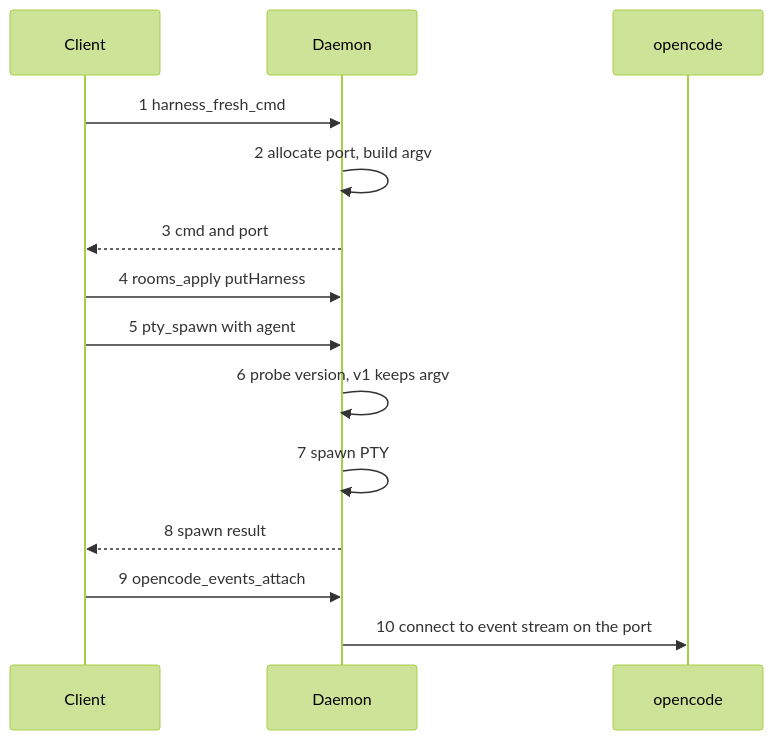
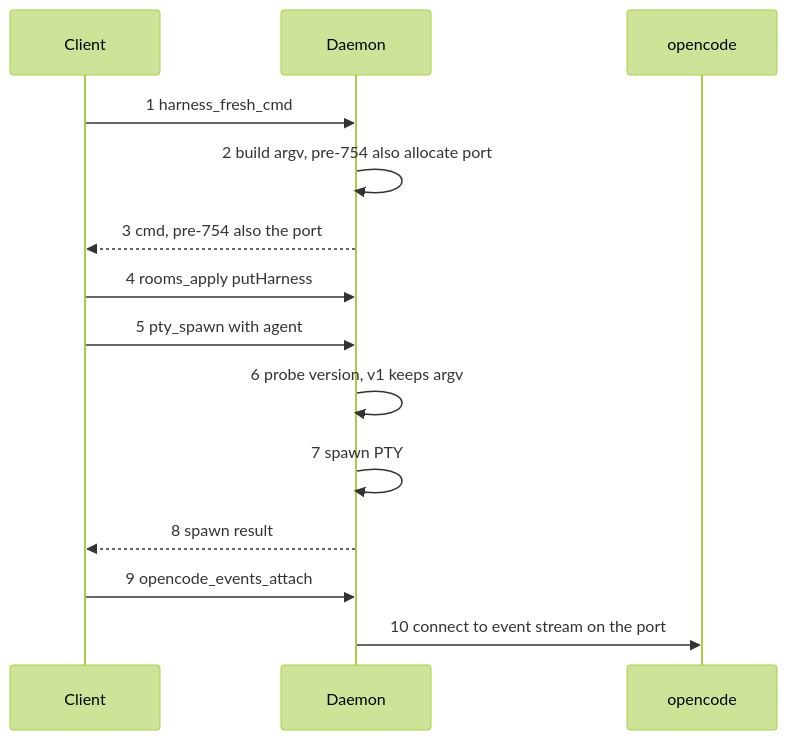
One commit to timeloop-vault/skein changed the fifth of 11 diagrams in docs/skeind-p2-design.md. Above: the diagram before and after it, drawn with Mermaid (forest theme). The commit also changed other lines of this file and 56 other files, not shown here.

First line of the commit message:
feat(#754): pick the opencode port at spawn and keep it out of the stored cmd

````diff
--- a/docs/skeind-p2-design.md
+++ b/docs/skeind-p2-design.md
@@ -523,16 +523,16 @@
 ```mermaid
 sequenceDiagram
     participant C as Client
     participant D as Daemon
     participant O as opencode
     C->>D: 1 harness_fresh_cmd
-    D->>D: 2 allocate port, build argv
-    D-->>C: 3 cmd and port
+    D->>D: 2 build argv, pre-754 also allocate port
+    D-->>C: 3 cmd, pre-754 also the port
     C->>D: 4 rooms_apply putHarness
     C->>D: 5 pty_spawn with agent
     D->>D: 6 probe version, v1 keeps argv
     D->>D: 7 spawn PTY
     D-->>C: 8 spawn result
     C->>D: 9 opencode_events_attach
     D->>O: 10 connect to event stream on the port
 ```
````
